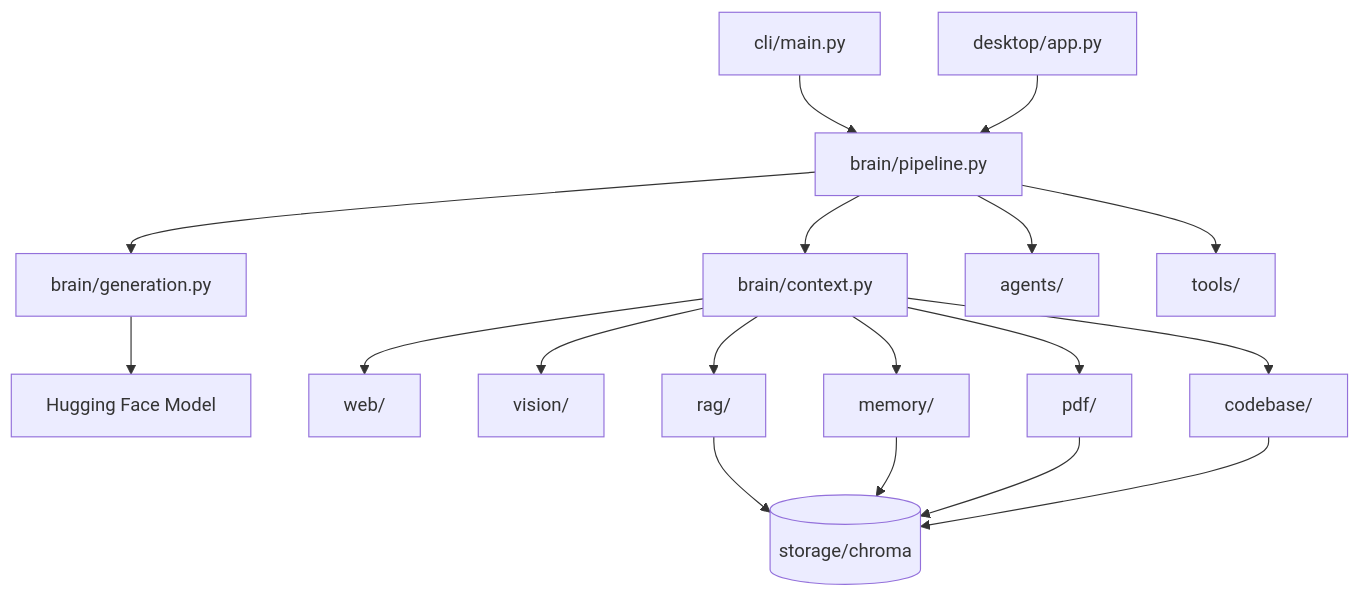
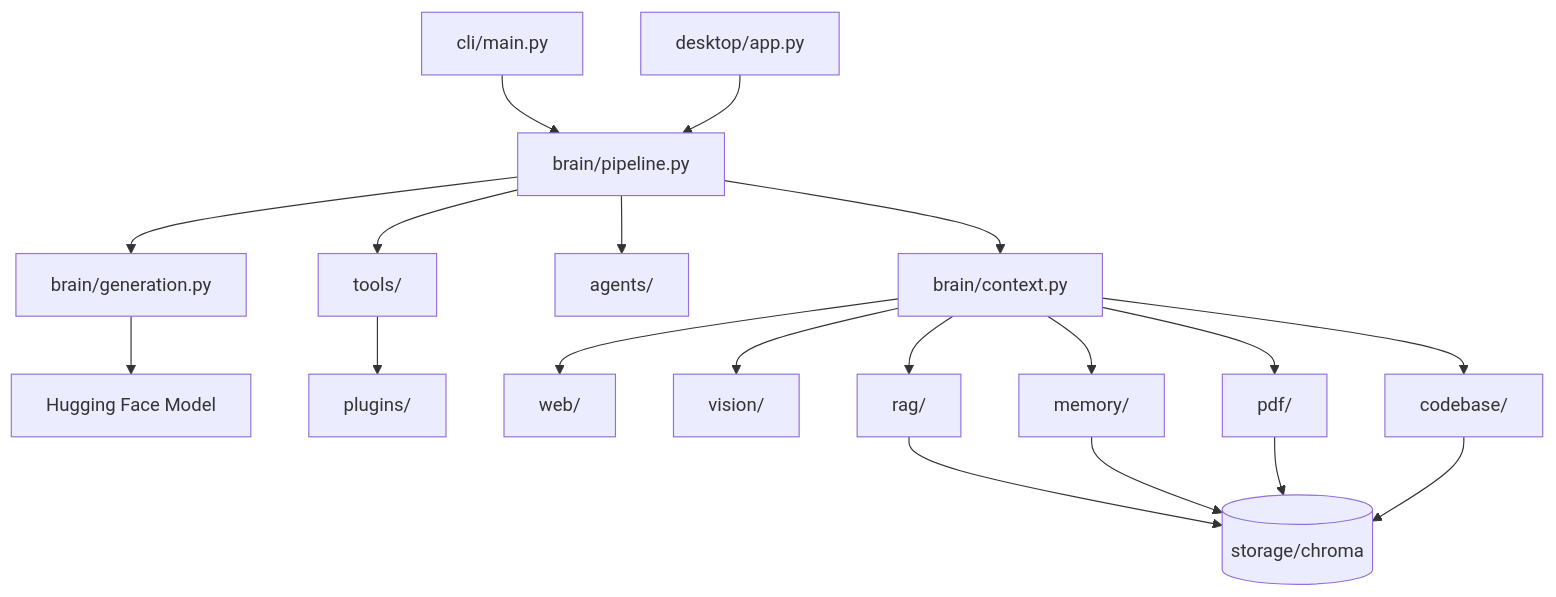
One commit to dakxhie/zoe changed the diagram in README.md. Above: the diagram before and after it, drawn with Mermaid. The commit also changed other lines of this file and 144 other files, not shown here.

````diff
--- a/README.md
+++ b/README.md
@@ -25,36 +25,38 @@
 ```mermaid
 flowchart TD
     CLI[cli/main.py]
     Desktop[desktop/app.py]
     Pipeline[brain/pipeline.py]
     Context[brain/context.py]
     Generation[brain/generation.py]
     LLM[Hugging Face Model]
     Agents[agents/]
     Tools[tools/]
+    Plugins[plugins/]
     Web[web/]
     Vision[vision/]
     Notes[rag/]
     Memory[memory/]
     PDF[pdf/]
     Code[codebase/]
     Chroma[(storage/chroma)]
 
     CLI --> Pipeline
     Desktop --> Pipeline
     Pipeline --> Tools
+    Tools --> Plugins
     Pipeline --> Agents
     Pipeline --> Context
     Pipeline --> Generation
     Generation --> LLM
     Context --> Notes
     Context --> Memory
     Context --> PDF
     Context --> Code
     Context --> Web
     Context --> Vision
     Notes --> Chroma
     Memory --> Chroma
     PDF --> Chroma
     Code --> Chroma
 ```
````
